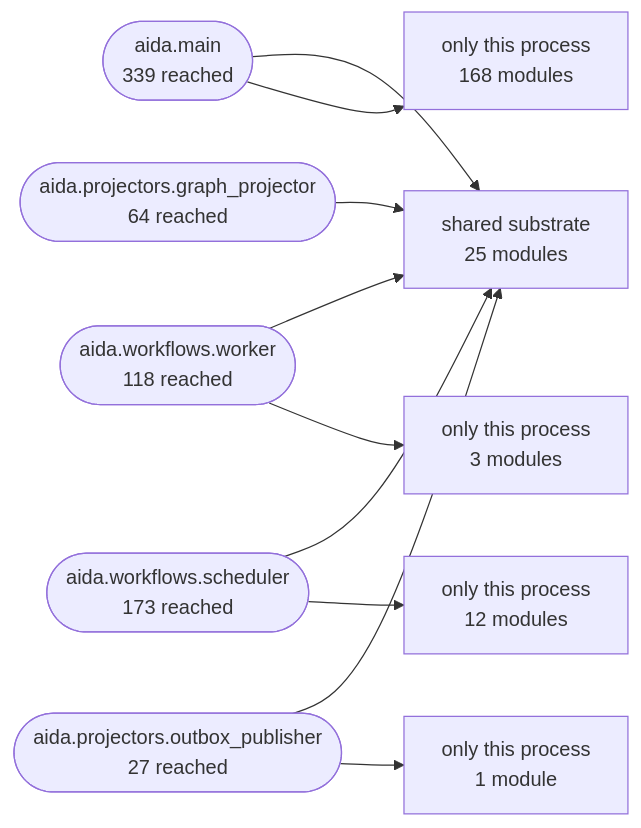
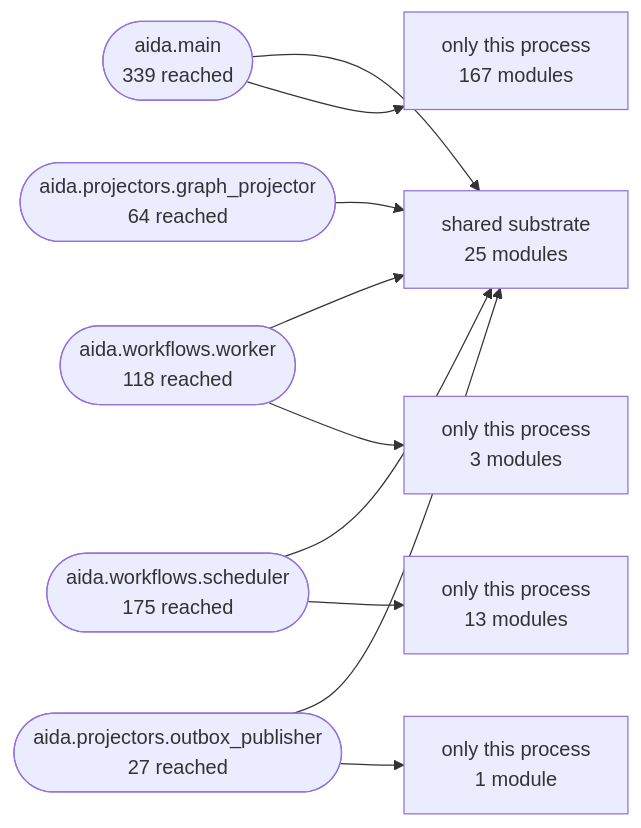
The second of 3 diagrams in Docs/10-architecture/14-generated-architecture-map.md (karuppusamym/AIDataAnalyst), drawn with Mermaid before and after one commit. The commit also changed other lines of this file and 6 other files, not shown here.

````diff
--- a/Docs/10-architecture/14-generated-architecture-map.md
+++ b/Docs/10-architecture/14-generated-architecture-map.md
@@ -173,22 +173,22 @@
 ```mermaid
 graph LR
   shared["shared substrate<br/>25 modules"]
   aida_main(["aida.main<br/>339 reached"])
   aida_workflows_worker(["aida.workflows.worker<br/>118 reached"])
-  aida_workflows_scheduler(["aida.workflows.scheduler<br/>173 reached"])
+  aida_workflows_scheduler(["aida.workflows.scheduler<br/>175 reached"])
   aida_projectors_graph_projector(["aida.projectors.graph_projector<br/>64 reached"])
   aida_projectors_outbox_publisher(["aida.projectors.outbox_publisher<br/>27 reached"])
   aida_main --> shared
-  only_aida_main["only this process<br/>168 modules"]
+  only_aida_main["only this process<br/>167 modules"]
   aida_main --> only_aida_main
   aida_workflows_worker --> shared
   only_aida_workflows_worker["only this process<br/>3 modules"]
   aida_workflows_worker --> only_aida_workflows_worker
   aida_workflows_scheduler --> shared
-  only_aida_workflows_scheduler["only this process<br/>12 modules"]
+  only_aida_workflows_scheduler["only this process<br/>13 modules"]
   aida_workflows_scheduler --> only_aida_workflows_scheduler
   aida_projectors_graph_projector --> shared
   aida_projectors_outbox_publisher --> shared
   only_aida_projectors_outbox_publisher["only this process<br/>1 module"]
   aida_projectors_outbox_publisher --> only_aida_projectors_outbox_publisher
 ```
````
